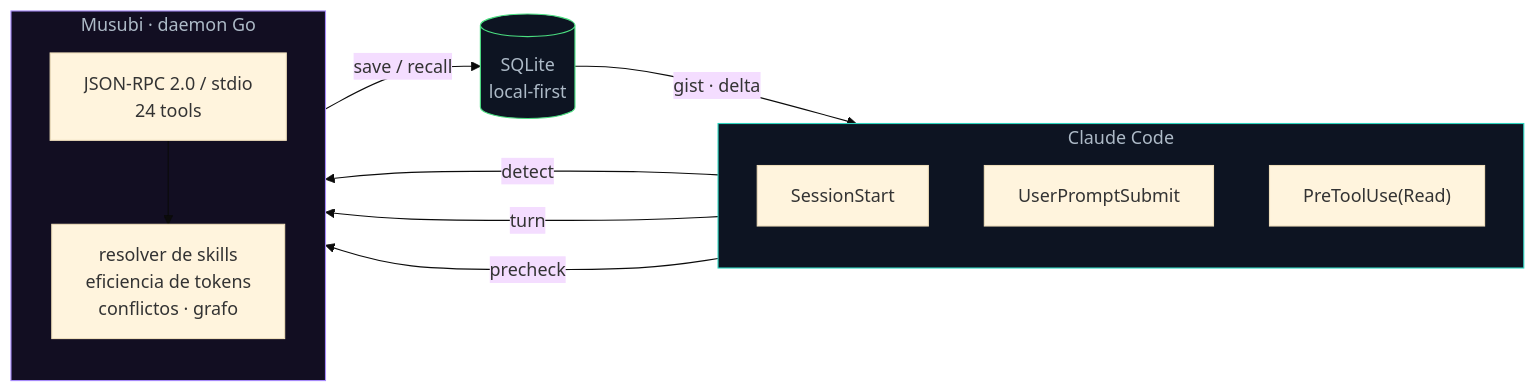
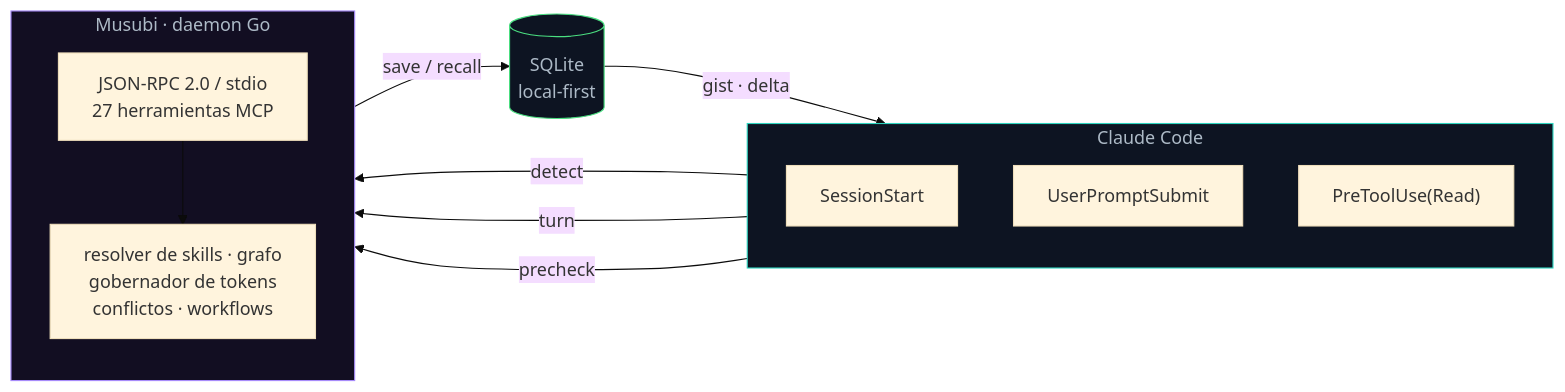
One commit to codeabraham16/musubi changed the first of 3 diagrams in README.md. Above: the diagram before and after it, drawn with Mermaid (base theme). The commit also changed other lines of this file, not shown here.

````diff
--- a/README.md
+++ b/README.md
@@ -27,27 +66,27 @@
 ```mermaid
 flowchart LR
     subgraph CC["Claude Code"]
         direction TB
         H1["SessionStart"]
         H2["UserPromptSubmit"]
         H3["PreToolUse(Read)"]
     end
     subgraph M["Musubi · daemon Go"]
         direction TB
-        RPC["JSON-RPC 2.0 / stdio<br/>24 tools"]
-        COG["resolver de skills<br/>eficiencia de tokens<br/>conflictos · grafo"]
+        RPC["JSON-RPC 2.0 / stdio<br/>27 herramientas MCP"]
+        COG["resolver de skills · grafo<br/>gobernador de tokens<br/>conflictos · workflows"]
     end
     DB[("SQLite<br/>local-first")]
 
     H1 -- "detect" --> RPC
     H2 -- "turn" --> RPC
     H3 -- "precheck" --> RPC
     RPC --> COG
     COG -- "save / recall" --> DB
     DB -- "gist · delta" --> CC
 
     classDef cc fill:#0d1422,stroke:#2dd4bf,color:#adbac7;
     classDef mm fill:#120e22,stroke:#a78bfa,color:#adbac7;
     classDef db fill:#0d1422,stroke:#4ade80,color:#adbac7;
     class CC cc; class M mm; class DB db;
 ```
````
